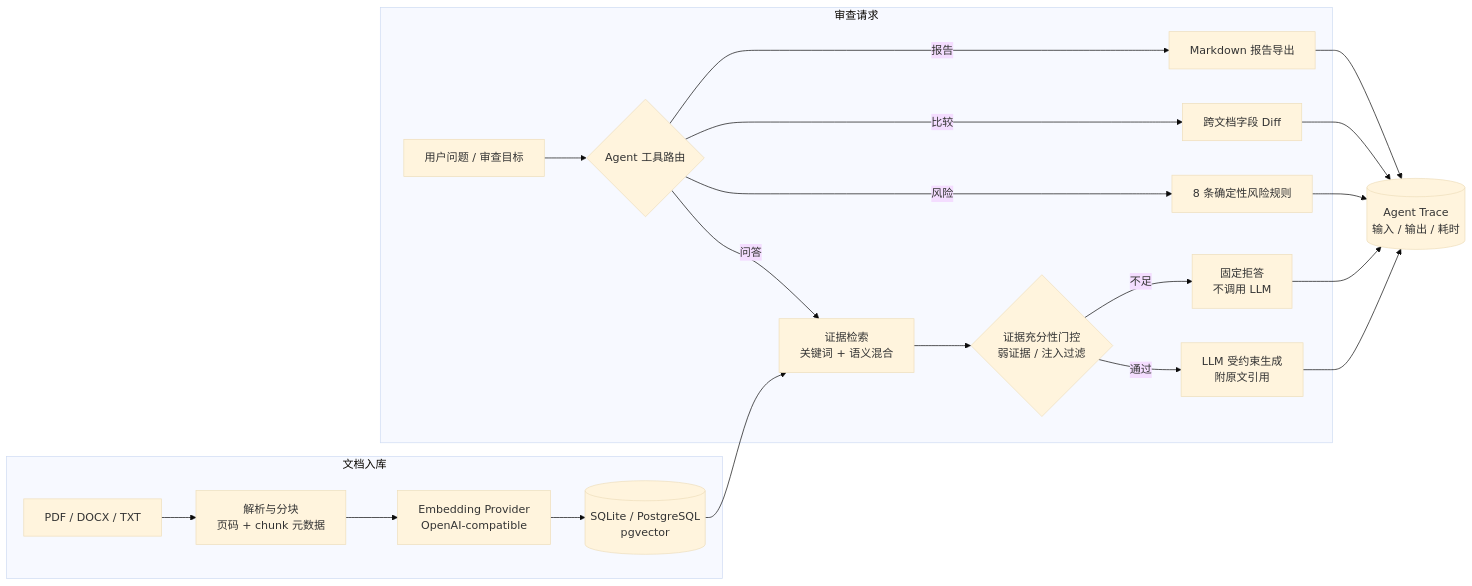
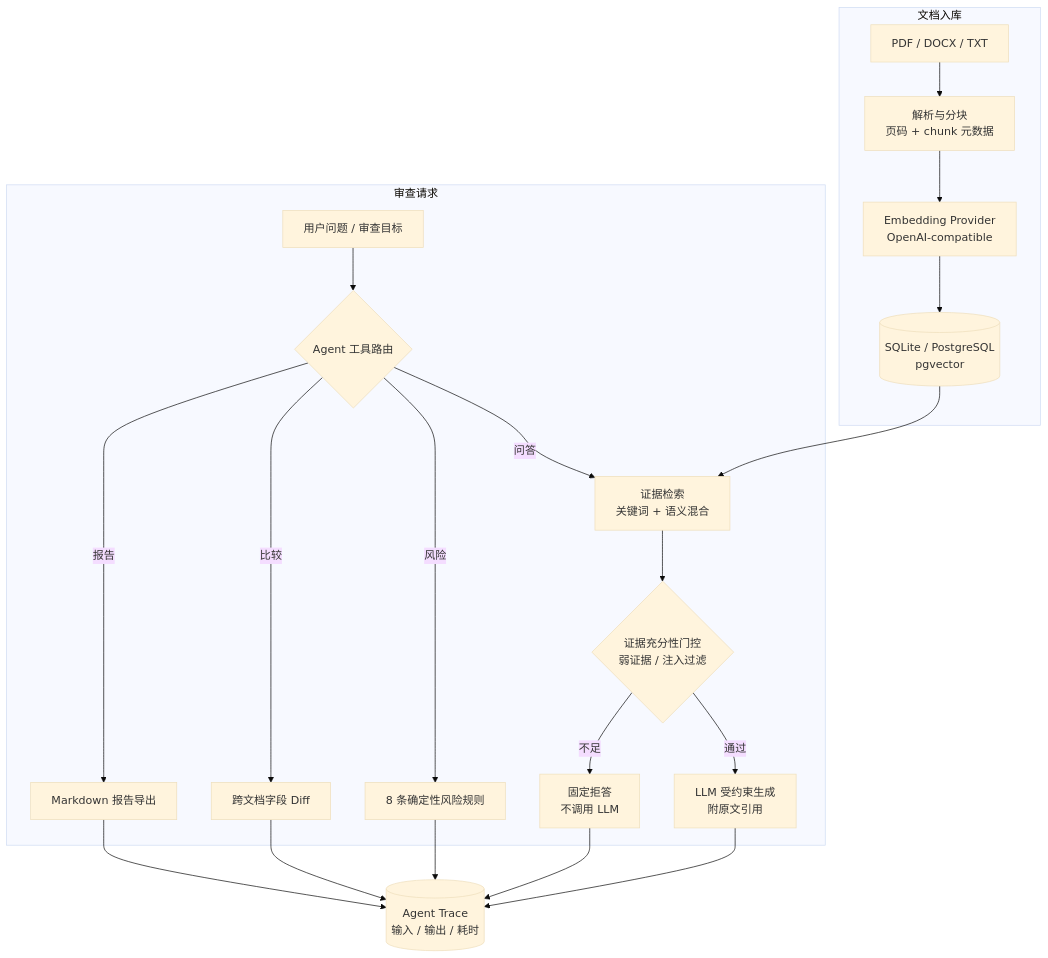
One commit to AZ123IT/BidGuard-AI changed the diagram in README.md. Above: the diagram before and after it, drawn with Mermaid (base theme).

Commit message:
Use vertical layout for README architecture diagram

````diff
--- a/README.md
+++ b/README.md
@@ -48,20 +48,20 @@
 ```mermaid
-flowchart LR
+flowchart TB
     subgraph Ingest[文档入库]
         A[PDF / DOCX / TXT] --> B[解析与分块<br/>页码 + chunk 元数据]
         B --> C[Embedding Provider<br/>OpenAI-compatible]
         C --> D[(SQLite / PostgreSQL<br/>pgvector)]
     end
     subgraph Query[审查请求]
         Q[用户问题 / 审查目标] --> R{Agent 工具路由}
         R -->|问答| S[证据检索<br/>关键词 + 语义混合]
         R -->|风险| K[8 条确定性风险规则]
         R -->|比较| F[跨文档字段 Diff]
         R -->|报告| M[Markdown 报告导出]
         S --> G{证据充分性门控<br/>弱证据 / 注入过滤}
         G -->|通过| L[LLM 受约束生成<br/>附原文引用]
         G -->|不足| X[固定拒答<br/>不调用 LLM]
     end
     D --> S
     L & X & K & F & M --> T[(Agent Trace<br/>输入 / 输出 / 耗时)]
 ```
````
